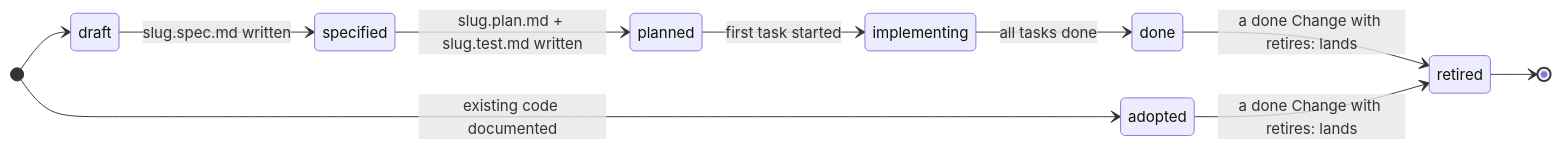
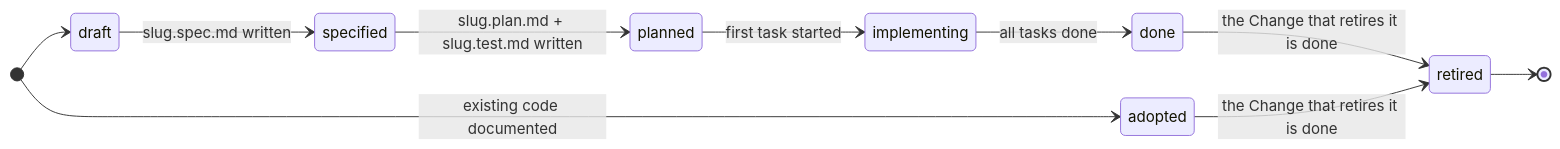
Before and after one commit to GiteshDalal/fdf: the first of 5 diagrams in spec/0.7.md, drawn with Mermaid. The commit also changed other lines of this file and 7 other files, not shown here.

````diff
--- a/spec/0.7.md
+++ b/spec/0.7.md
@@ -370,13 +477,13 @@
 ```mermaid
 stateDiagram-v2
     direction LR
     [*] --> draft
     draft --> specified : slug.spec.md written
     specified --> planned : slug.plan.md + slug.test.md written
     planned --> implementing : first task started
     implementing --> done : all tasks done
     [*] --> adopted : existing code documented
-    done --> retired : a done Change with retires: lands
-    adopted --> retired : a done Change with retires: lands
+    done --> retired : the Change that retires it is done
+    adopted --> retired : the Change that retires it is done
     retired --> [*]
 ```
````
